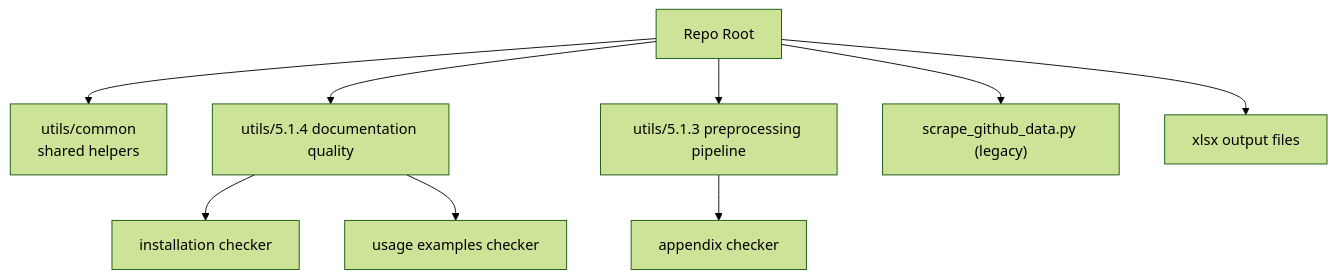
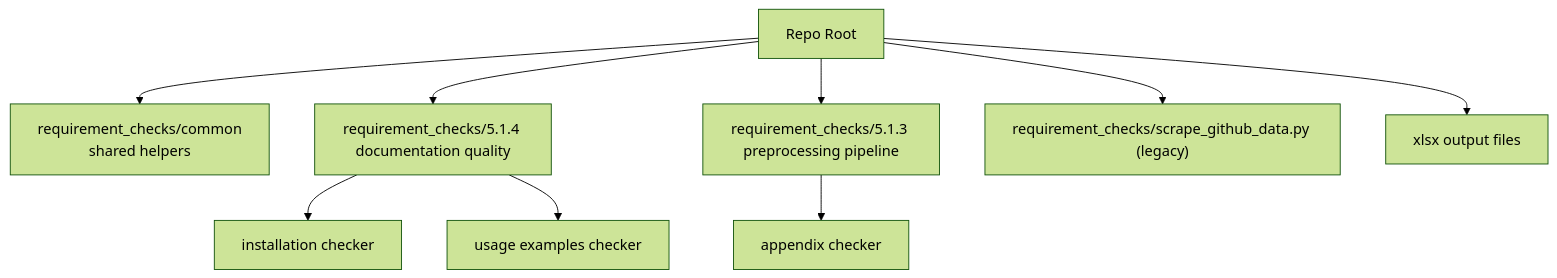
One commit to AminDaryan/Scrape-GitHub changed the diagram in README.md. Above: the diagram before and after it, drawn with Mermaid (forest theme). The commit also changed other lines of this file and 1 other file, not shown here.

````diff
--- a/README.md
+++ b/README.md
@@ -30,12 +30,12 @@
 ```mermaid
 flowchart TD
   root["Repo Root"]
-  root --> common["utils/common<br/>shared helpers"]
-  root --> q514["utils/5.1.4 documentation quality"]
+  root --> common["requirement_checks/common<br/>shared helpers"]
+  root --> q514["requirement_checks/5.1.4 documentation quality"]
   q514 --> install["installation checker"]
   q514 --> usage["usage examples checker"]
-  root --> q513["utils/5.1.3 preprocessing pipeline"]
+  root --> q513["requirement_checks/5.1.3 preprocessing pipeline"]
   q513 --> appendix["appendix checker"]
-  root --> legacy["scrape_github_data.py (legacy)"]
+  root --> legacy["requirement_checks/scrape_github_data.py (legacy)"]
   root --> outputs["xlsx output files"]
 ```
````
